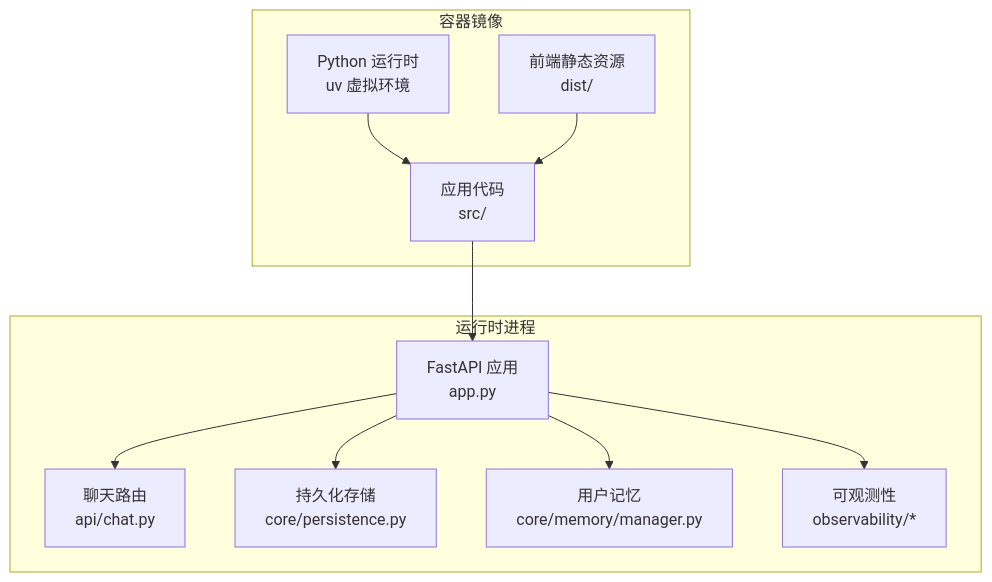
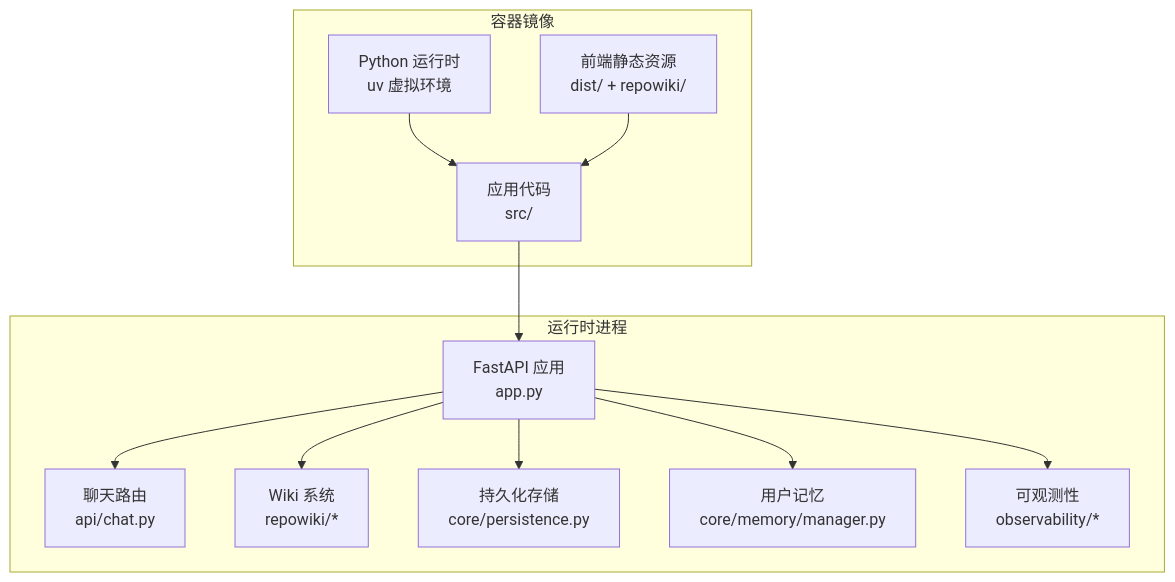
The first of 10 diagrams in repowiki/zh/content/部署与运维/部署与运维.md (YU-JI-KUI/ark-agentic), drawn with Mermaid before and after one commit. The commit also changed other lines of this file and 10 other files, not shown here.

````diff
--- a/repowiki/zh/content/部署与运维/部署与运维.md
+++ b/repowiki/zh/content/部署与运维/部署与运维.md
@@ -44,22 +55,24 @@
 ```mermaid
 graph TB
 subgraph "容器镜像"
 A["Python 运行时<br/>uv 虚拟环境"]
-B["前端静态资源<br/>dist/"]
+B["前端静态资源<br/>dist/ + repowiki/"]
 C["应用代码<br/>src/"]
 end
 subgraph "运行时进程"
 D["FastAPI 应用<br/>app.py"]
 E["聊天路由<br/>api/chat.py"]
-F["持久化存储<br/>core/persistence.py"]
-G["用户记忆<br/>core/memory/manager.py"]
-H["可观测性<br/>observability/*"]
+F["Wiki 系统<br/>repowiki/*"]
+G["持久化存储<br/>core/persistence.py"]
+H["用户记忆<br/>core/memory/manager.py"]
+I["可观测性<br/>observability/*"]
 end
 A --> C
 B --> C
 C --> D
 D --> E
 D --> F
 D --> G
 D --> H
+D --> I
 ```
````
